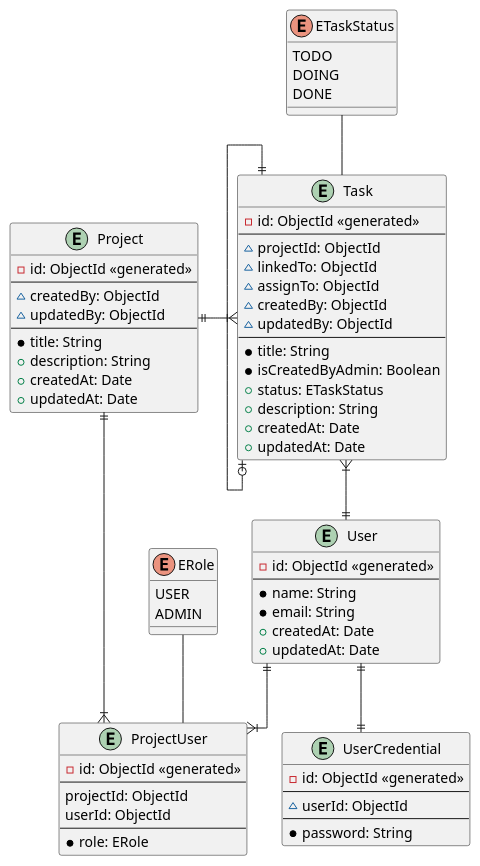
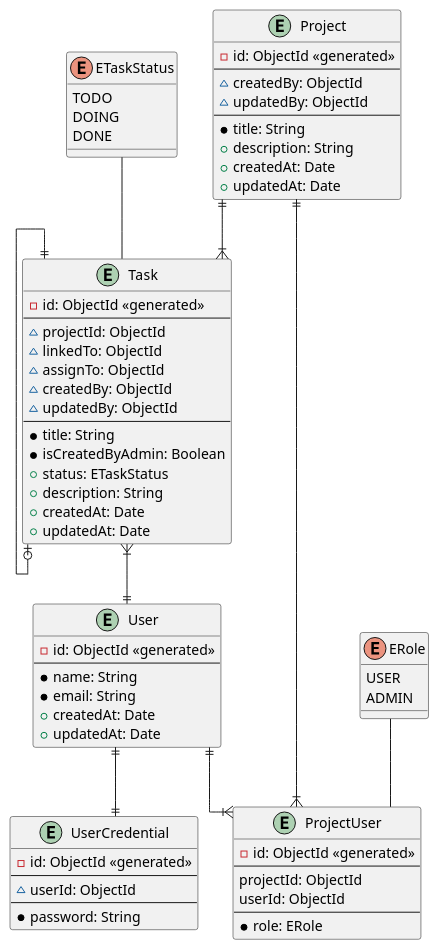
One commit to thang0206/OnBoard-training changed the diagram in backend/docs/entity/erd.plantuml. Above: the diagram before and after it, drawn with PlantUML. The commit also changed 4 other files, not shown here.

```diff
--- a/backend/docs/entity/erd.plantuml
+++ b/backend/docs/entity/erd.plantuml
@@ -1,80 +1,80 @@
 @startuml TODO
 
 skinparam linetype ortho
 
 entity User {
     -id: ObjectId <<generated>>
     --
     *name: String
     *email: String
     +createdAt: Date
     +updatedAt: Date
 }
 
 entity Task {
     -id: ObjectId <<generated>>
     --
     ~projectId: ObjectId
     ~linkedTo: ObjectId
     ~assignTo: ObjectId
     ~createdBy: ObjectId
     ~updatedBy: ObjectId
     --
     *title: String
     *isCreatedByAdmin: Boolean
     +status: ETaskStatus
     +description: String
     +createdAt: Date
     +updatedAt: Date
 }
 
 entity Project {
     -id: ObjectId <<generated>>
     --
     ~createdBy: ObjectId
     ~updatedBy: ObjectId
     --
     *title: String
     +description: String
     +createdAt: Date
     +updatedAt: Date
 }
 
 entity ProjectUser {
     -id: ObjectId <<generated>>
     --
     projectId: ObjectId
     userId: ObjectId
     --
     *role: ERole
 }
 
 entity UserCredential {
     -id: ObjectId <<generated>>
     --
     ~userId: ObjectId
     --
     *password: String
 }
 
 enum ERole {
     USER
     ADMIN
 }
 
 enum ETaskStatus {
     TODO
     DOING
     DONE
 }
 
 Task }|--|| User
 Task ||--o| Task
-Project ||-|{ Task
+Project ||--|{ Task
 Project ||--|{ ProjectUser
 User ||--|{ ProjectUser
 User ||--|| UserCredential
 ETaskStatus -- Task
 ERole -- ProjectUser
 
 @enduml
```
